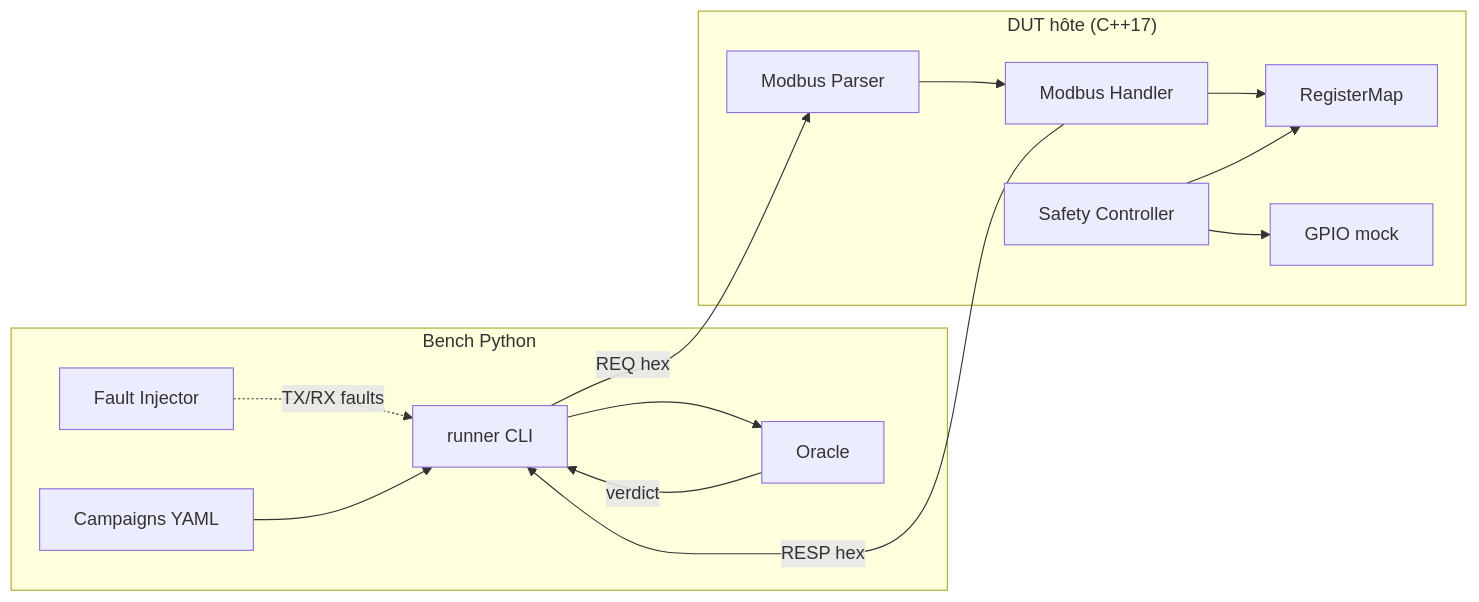
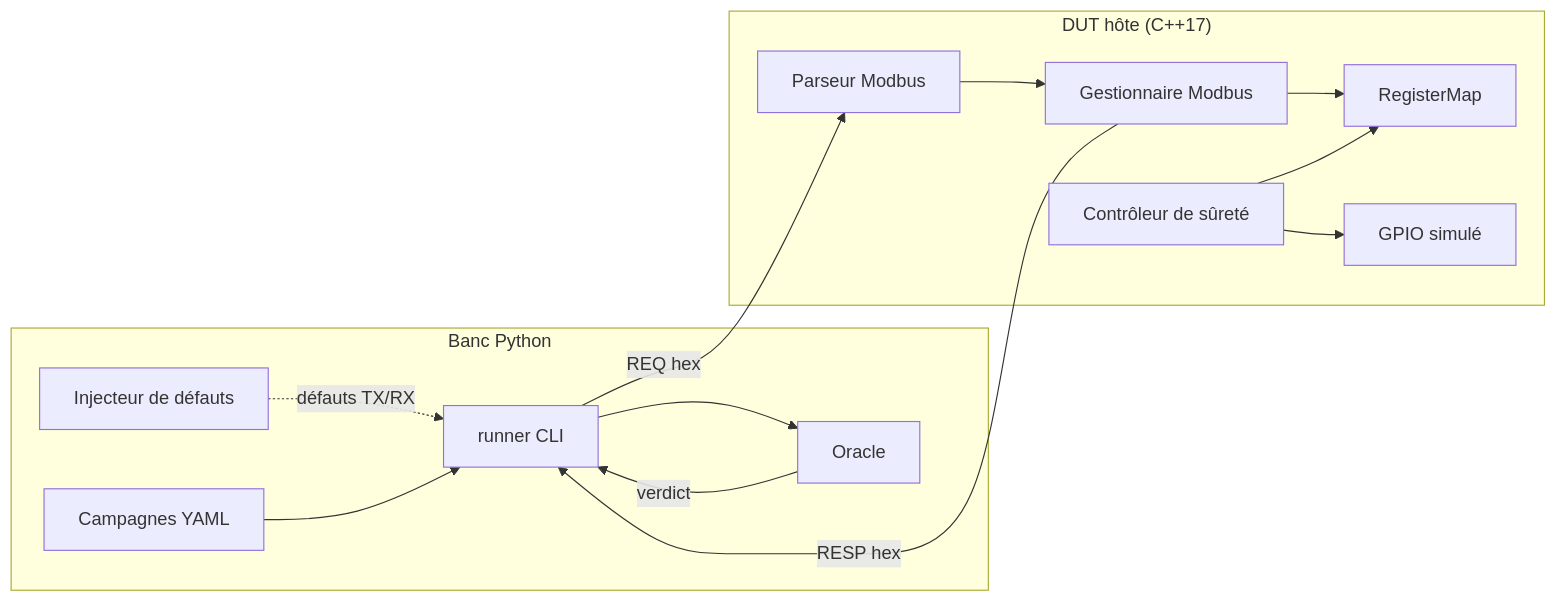
Before and after one commit to mael51/RTU-FaultLab: the first of 2 diagrams in README.md, drawn with Mermaid.

Commit message:
docs: unify README language to French (Mermaid labels)

````diff
--- a/README.md
+++ b/README.md
@@ -35,26 +35,26 @@
 ```mermaid
 flowchart LR
-    subgraph Bench["Bench Python"]
+    subgraph Bench["Banc Python"]
         CLI[runner CLI]
         OR[Oracle]
-        CAM[Campaigns YAML]
-        INJ[Fault Injector]
+        CAM[Campagnes YAML]
+        INJ[Injecteur de défauts]
     end
     subgraph DUT["DUT hôte (C++17)"]
-        MP[Modbus Parser]
-        MH[Modbus Handler]
+        MP[Parseur Modbus]
+        MH[Gestionnaire Modbus]
         RM[RegisterMap]
-        SC[Safety Controller]
-        GM[GPIO mock]
+        SC[Contrôleur de sûreté]
+        GM[GPIO simulé]
     end
     CLI -->|REQ hex| MP
     MH -->|RESP hex| CLI
     MP --> MH
     MH --> RM
     SC --> RM
     SC --> GM
-    INJ -.->|TX/RX faults| CLI
+    INJ -.->|défauts TX/RX| CLI
     CAM --> CLI
     CLI --> OR
     OR -->|verdict| CLI
 ```
````
